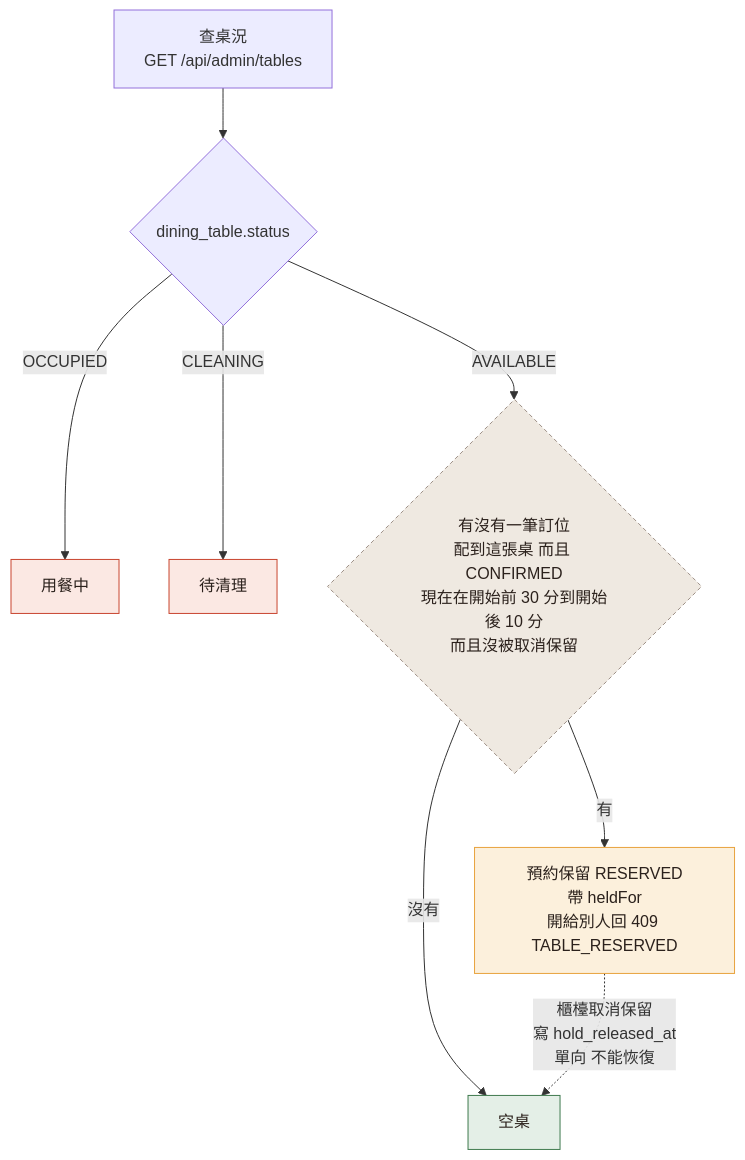
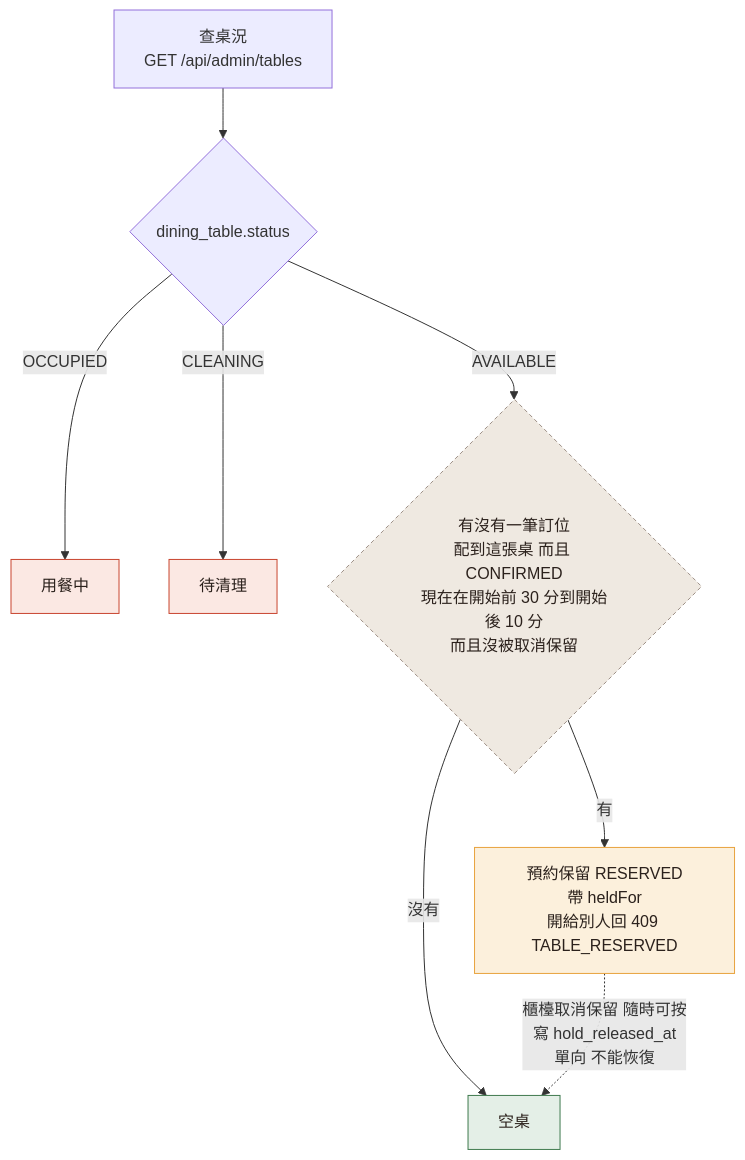
Before and after one commit to harry-wann/smart-order: the tenth of 16 diagrams in docs/spec/06-圖表總覽.md, drawn with Mermaid. The commit also changed other lines of this file and 55 other files, not shown here.

````diff
--- a/docs/spec/06-圖表總覽.md
+++ b/docs/spec/06-圖表總覽.md
@@ -696,19 +696,19 @@
 ```mermaid
 flowchart TD
     S["查桌況<br/>GET /api/admin/tables"] --> A{"dining_table.status"}
     A -->|OCCUPIED| O["用餐中"]
     A -->|CLEANING| C["待清理"]
     A -->|AVAILABLE| R{"有沒有一筆訂位<br/>配到這張桌 而且 CONFIRMED<br/>現在在開始前 30 分到開始後 10 分<br/>而且沒被取消保留"}
     R -->|有| H["預約保留 RESERVED<br/>帶 heldFor<br/>開給別人回 409 TABLE_RESERVED"]
     R -->|沒有| E["空桌"]
-    H -.->|櫃檯取消保留<br/>寫 hold_released_at<br/>單向 不能恢復| E
+    H -.->|櫃檯取消保留 隨時可按<br/>寫 hold_released_at<br/>單向 不能恢復| E
 
     classDef occ fill:#FBE8E3,stroke:#C8442E,color:#2B211C
     classDef held fill:#FCF0DC,stroke:#E8A33D,color:#2B211C
     classDef free fill:#E4EFE7,stroke:#3F7A4E,color:#2B211C
     classDef calc fill:#EFE9E1,stroke:#9C8E84,color:#2B211C,stroke-dasharray: 4 3
     class O,C occ
     class H held
     class E free
     class R calc
 ```
````
